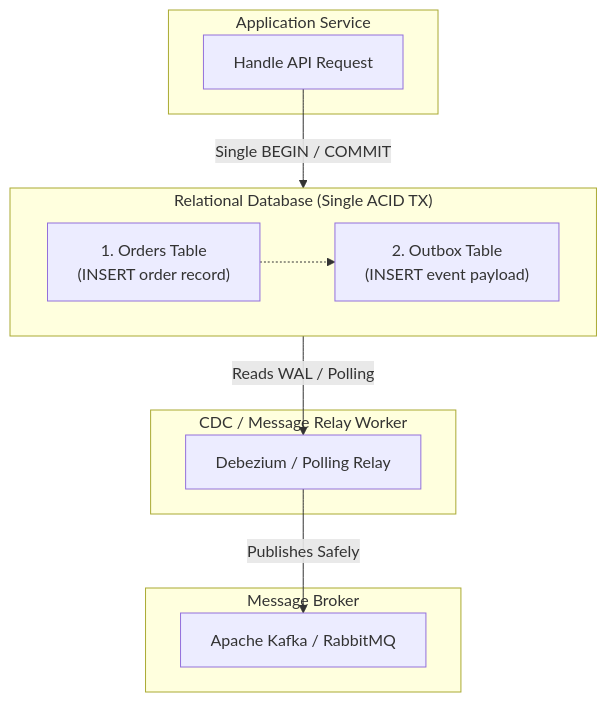
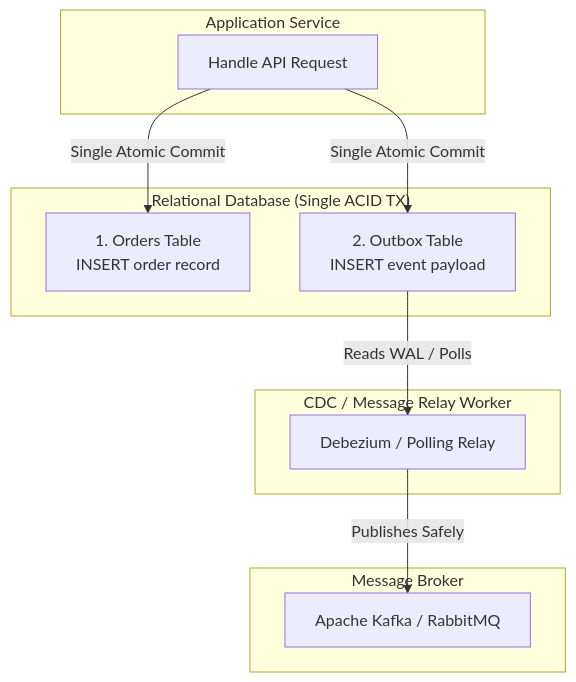
Before and after one commit to MohdMusaiyab/system-design: the fifth of 7 diagrams in Databases/10_Data_Consistency.md, drawn with Mermaid. The commit also changed other lines of this file and 6 other files, not shown here.

````diff
--- a/Databases/10_Data_Consistency.md
+++ b/Databases/10_Data_Consistency.md
@@ -257,24 +257,24 @@
 ```mermaid
 flowchart TD
     subgraph Service["Application Service"]
         API["Handle API Request"]
     end
 
     subgraph DB["Relational Database (Single ACID TX)"]
-        OrderTable["1. Orders Table<br/>(INSERT order record)"]
-        OutboxTable["2. Outbox Table<br/>(INSERT event payload)"]
+        OrderTable["1. Orders Table<br/>INSERT order record"]
+        OutboxTable["2. Outbox Table<br/>INSERT event payload"]
     end
 
     subgraph Relay["CDC / Message Relay Worker"]
         Debezium["Debezium / Polling Relay"]
     end
 
     subgraph Broker["Message Broker"]
         Kafka["Apache Kafka / RabbitMQ"]
     end
 
-    API -->|Single BEGIN / COMMIT| DB
-    OrderTable -.-> OutboxTable
-    DB -->|Reads WAL / Polling| Debezium
-    Debezium -->|Publishes Safely| Kafka
+    API -->|"Single Atomic Commit"| OrderTable
+    API -->|"Single Atomic Commit"| OutboxTable
+    OutboxTable -->|"Reads WAL / Polls"| Debezium
+    Debezium -->|"Publishes Safely"| Kafka
 ```
````
